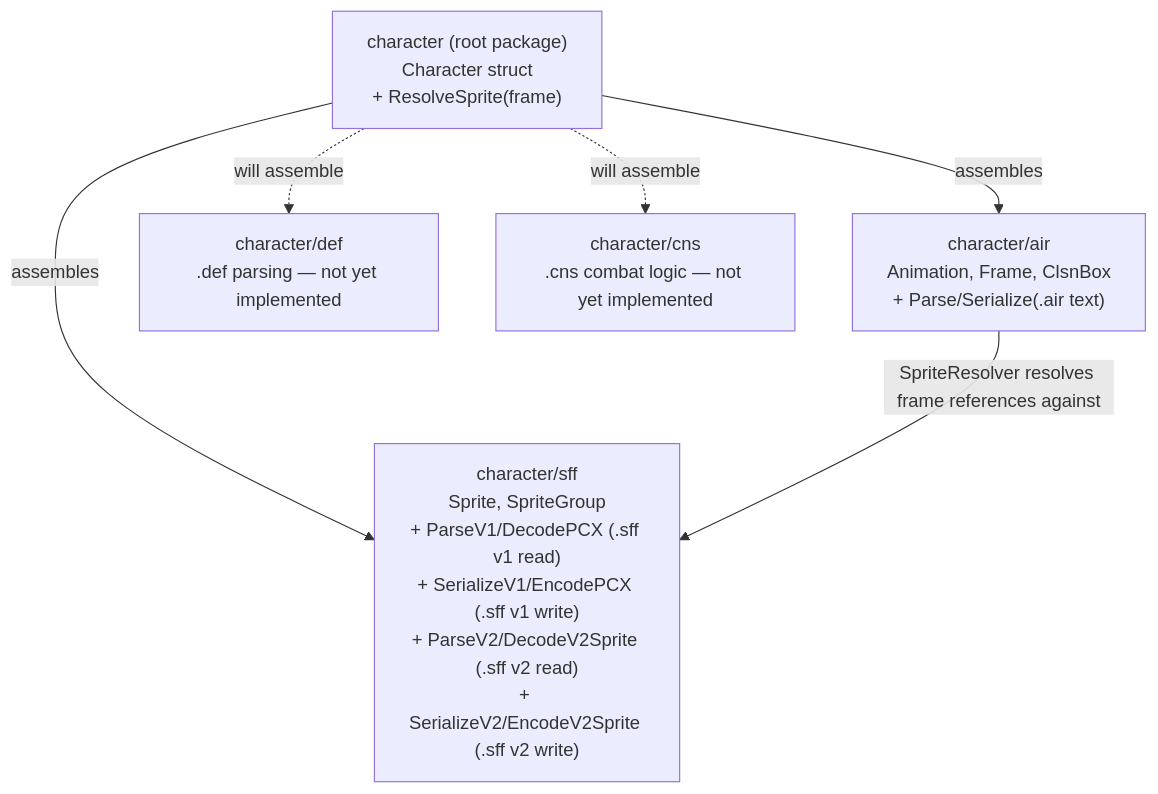
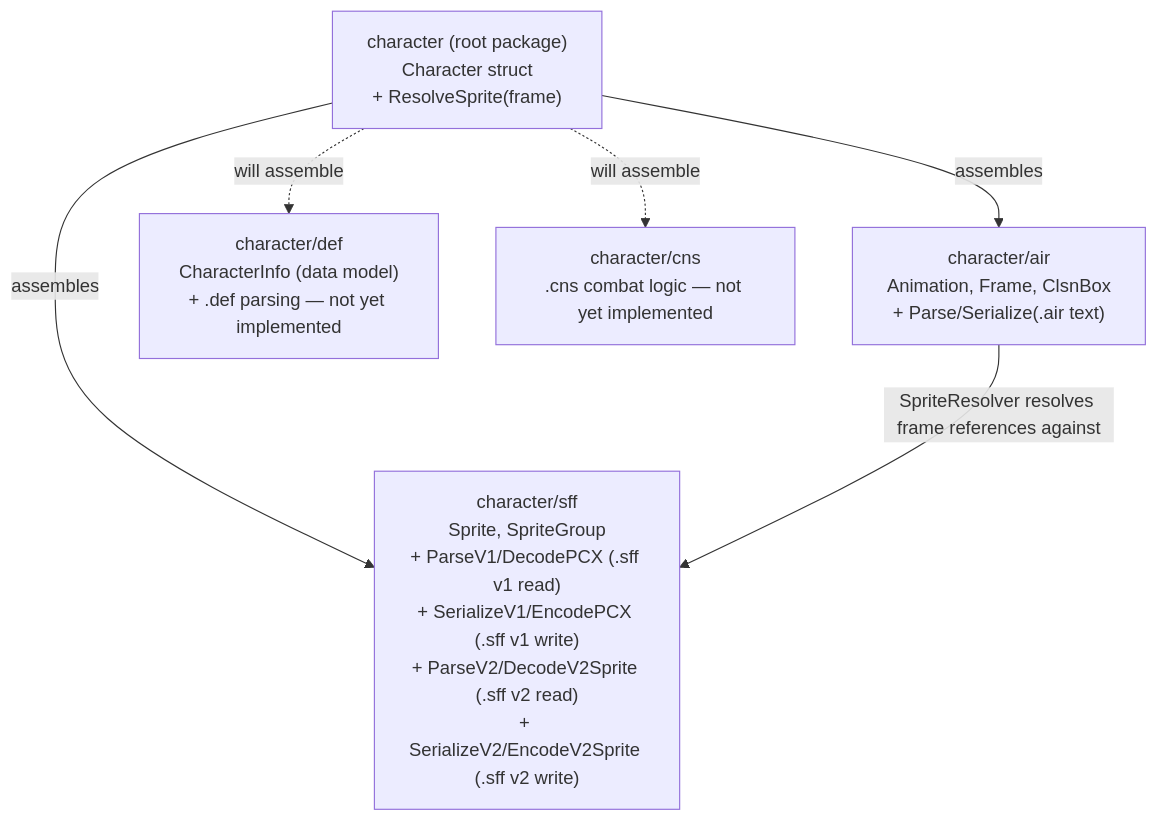
Before and after one commit to openkakutou/character: the diagram in docs/architecture.md, drawn with Mermaid. The commit also changed other lines of this file and 9 other files, not shown here.

Commit message:
feat: define the character definition data model (CharacterInfo) representing a character's name, author, and referenced sprite/animation/sound/command/combat-logic/state/palette files

````diff
--- a/docs/architecture.md
+++ b/docs/architecture.md
@@ -11,14 +11,14 @@
 ```mermaid
 graph TD
     root["character (root package)<br/>Character struct<br/>+ ResolveSprite(frame)"]
     air["character/air<br/>Animation, Frame, ClsnBox<br/>+ Parse/Serialize(.air text)"]
-    def["character/def<br/>.def parsing — not yet implemented"]
+    def["character/def<br/>CharacterInfo (data model)<br/>+ .def parsing — not yet implemented"]
     sff["character/sff<br/>Sprite, SpriteGroup<br/>+ ParseV1/DecodePCX (.sff v1 read)<br/>+ SerializeV1/EncodePCX (.sff v1 write)<br/>+ ParseV2/DecodeV2Sprite (.sff v2 read)<br/>+ SerializeV2/EncodeV2Sprite (.sff v2 write)"]
     cns["character/cns<br/>.cns combat logic — not yet implemented"]
 
     root -->|assembles| air
     root -.->|will assemble| def
     root -->|assembles| sff
     root -.->|will assemble| cns
     air -->|SpriteResolver resolves frame references against| sff
 ```
````
